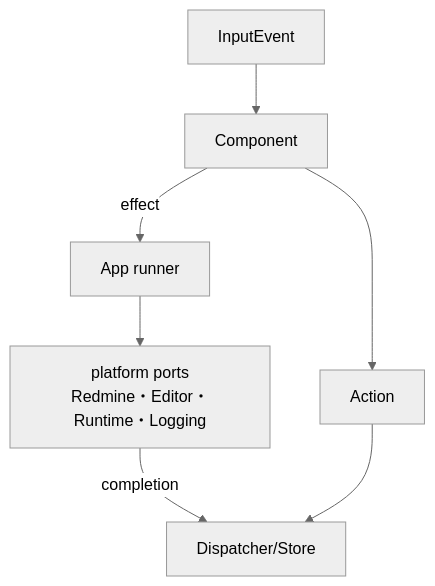
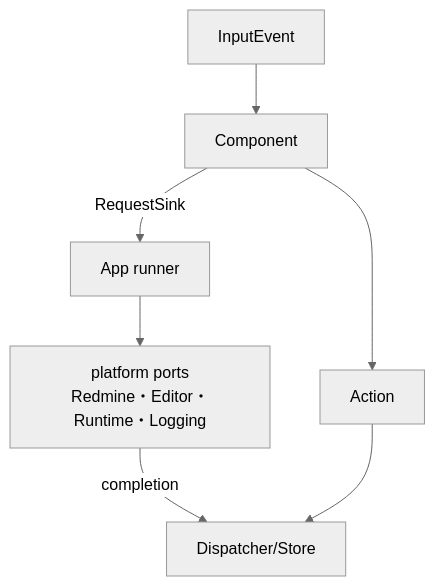
Before and after one commit to ano333333/redmine-tui: the second of 2 diagrams in docs/architecture.md, drawn with Mermaid (neutral theme). The commit also changed other lines of this file and 8 other files, not shown here.

Commit message:
refactor: collect component requests through a borrowed RequestSink

````diff
--- a/docs/architecture.md
+++ b/docs/architecture.md
@@ -367,9 +367,9 @@
 ```mermaid
 flowchart TD
     input["InputEvent"] --> component["Component"]
-    component -->|effect| runner["App runner"]
+    component -->|RequestSink| runner["App runner"]
     runner --> ports["platform ports<br/>Redmine・Editor・Runtime・Logging"]
     ports -->|completion| store["Dispatcher/Store"]
     component --> action["Action"]
     action --> store
 ```
````
